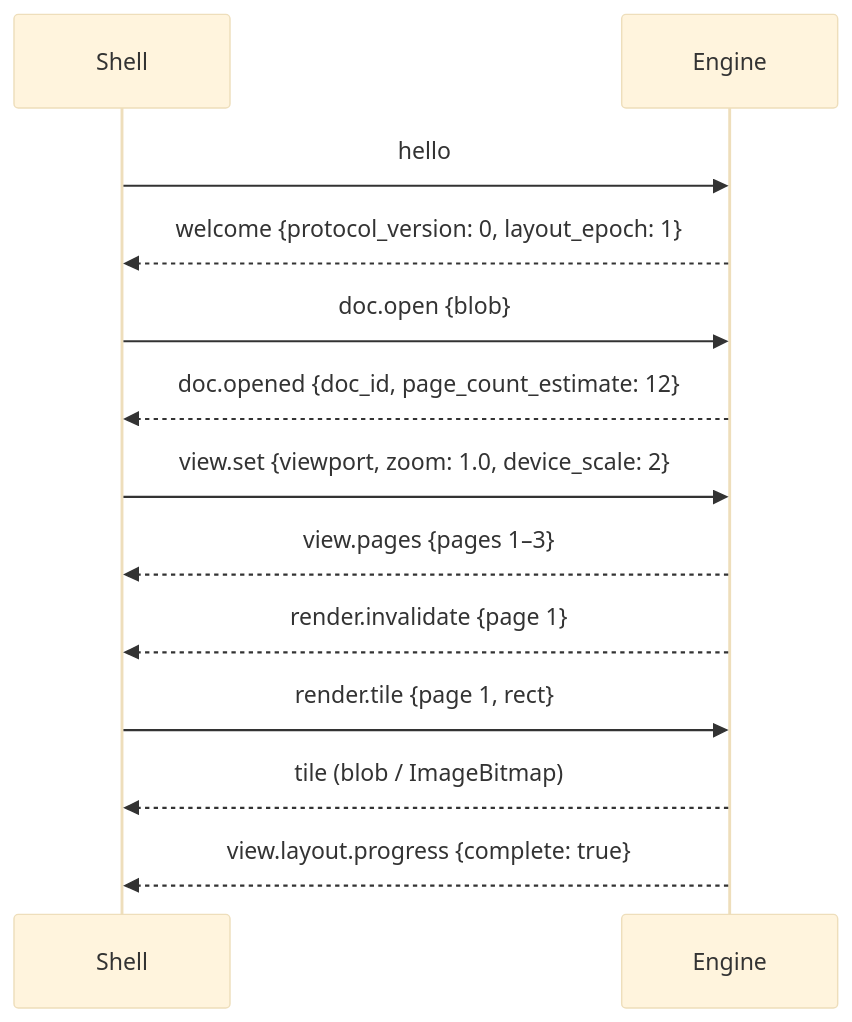
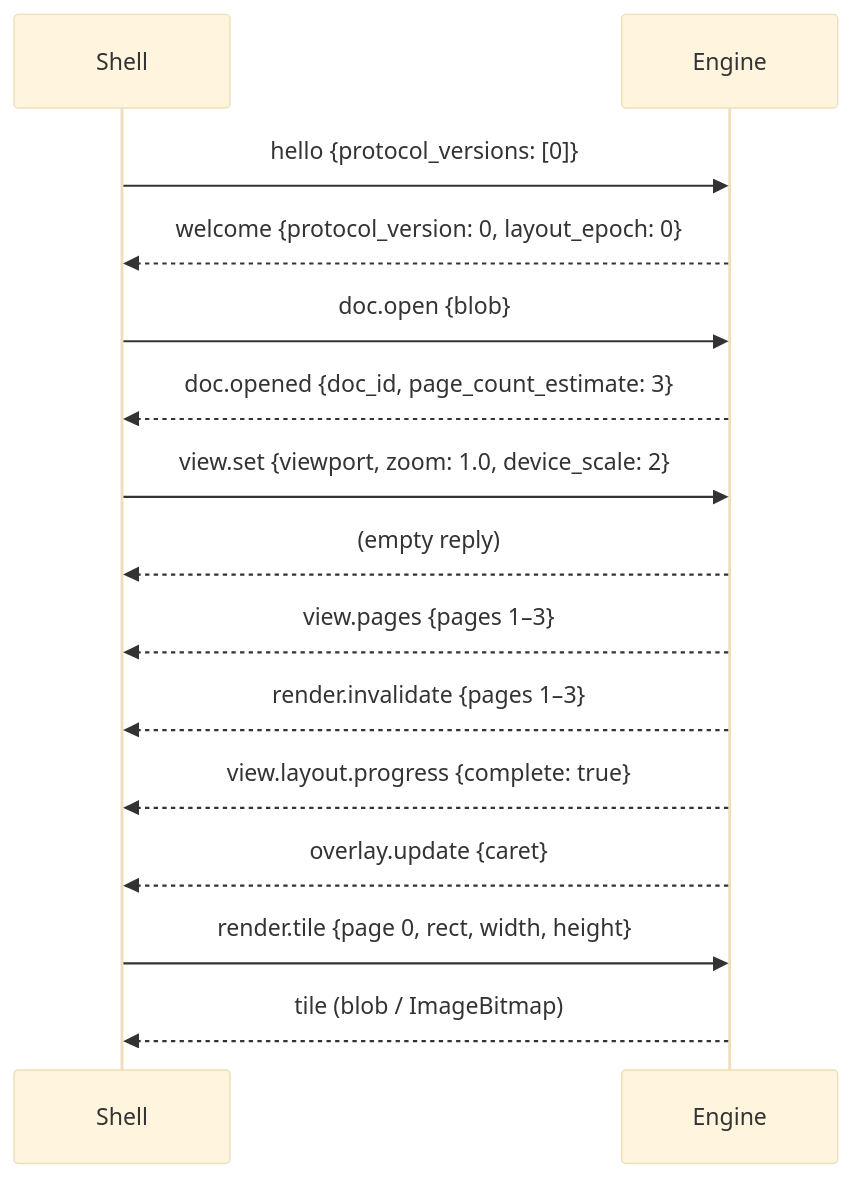
Before and after one commit to BayanDocs/docs: the second of 2 diagrams in specs/engine-protocol.md, drawn with Mermaid (base theme). The commit also changed other lines of this file and 1 other file, not shown here.

````diff
--- a/specs/engine-protocol.md
+++ b/specs/engine-protocol.md
@@ -152,15 +297,17 @@
 ```mermaid
 sequenceDiagram
   participant S as Shell
   participant E as Engine
-  S->>E: hello
-  E-->>S: welcome {protocol_version: 0, layout_epoch: 1}
+  S->>E: hello {protocol_versions: [0]}
+  E-->>S: welcome {protocol_version: 0, layout_epoch: 0}
   S->>E: doc.open {blob}
-  E-->>S: doc.opened {doc_id, page_count_estimate: 12}
+  E-->>S: doc.opened {doc_id, page_count_estimate: 3}
   S->>E: view.set {viewport, zoom: 1.0, device_scale: 2}
+  E-->>S: (empty reply)
   E-->>S: view.pages {pages 1–3}
-  E-->>S: render.invalidate {page 1}
-  S->>E: render.tile {page 1, rect}
+  E-->>S: render.invalidate {pages 1–3}
+  E-->>S: view.layout.progress {complete: true}
+  E-->>S: overlay.update {caret}
+  S->>E: render.tile {page 0, rect, width, height}
   E-->>S: tile (blob / ImageBitmap)
-  E-->>S: view.layout.progress {complete: true}
 ```
````
